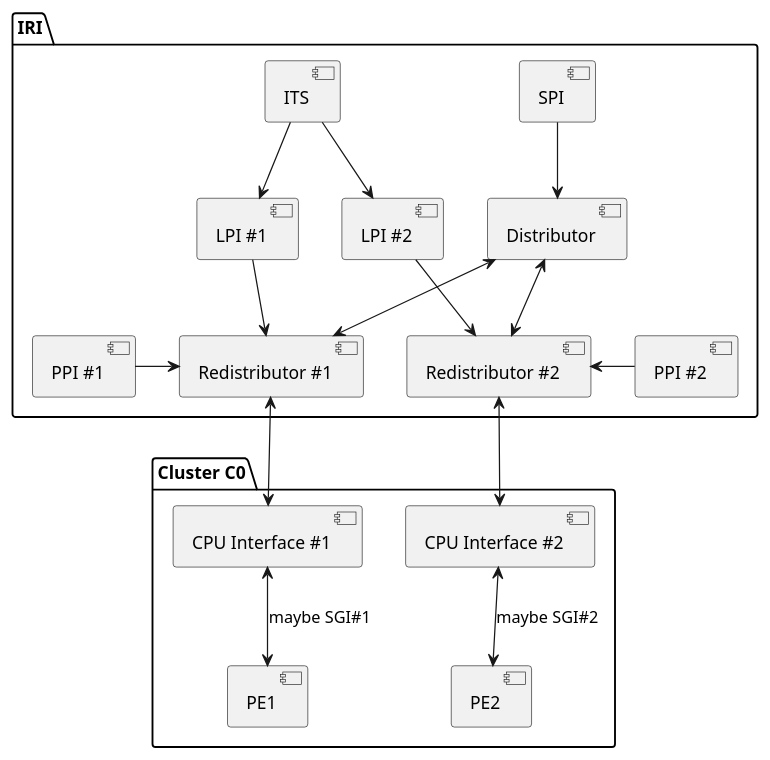
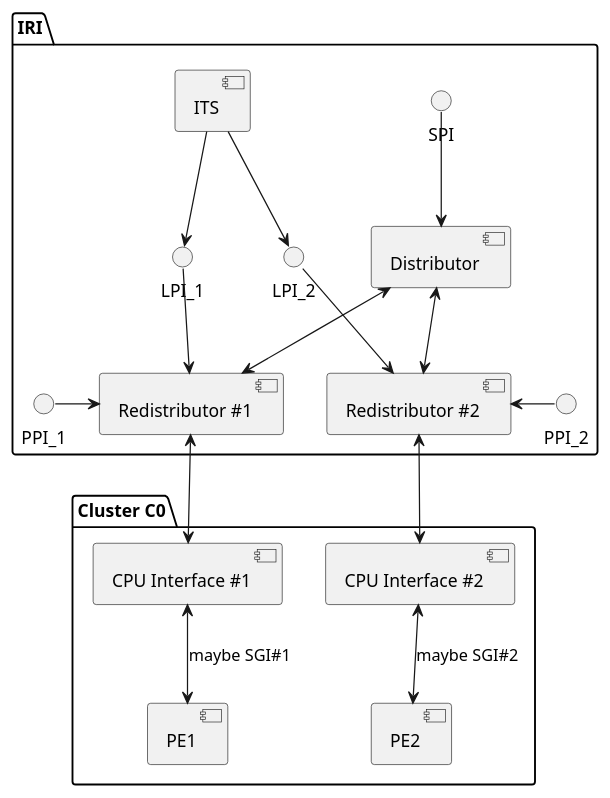
Before and after one commit to bitsman/bitsman.github.io: the first of 3 diagrams in doc/arm/gic/gic.org, drawn with PlantUML. The commit also changed other lines of this file and 3 other files, not shown here.

```diff
--- a/doc/arm/gic/gic.org
+++ b/doc/arm/gic/gic.org
@@ -48,21 +48,21 @@
 #+begin_src plantuml :exports results :file ./pic/drw-gicarch.png
   @startuml
   package "IRI" {
-    [SPI] -down-> [Distributor]
+    SPI -down-> [Distributor]
     [Distributor] <-down-> [Redistributor #1]
     [Distributor] <-down-> [Redistributor #2]
-    [ITS] -down-> [LPI #1]
-    [ITS] -down-> [LPI #2]
-    [LPI #1] -down-> [Redistributor #1]
-    [LPI #2] -down-> [Redistributor #2]
-    [PPI #1] -right-> [Redistributor #1]
-    [PPI #2] -left-> [Redistributor #2]
+    [ITS] -down-> LPI_1
+    [ITS] -down-> LPI_2
+    LPI_1 -down-> [Redistributor #1]
+    LPI_2 -down-> [Redistributor #2]
+    PPI_1 -right-> [Redistributor #1]
+    PPI_2 -left-> [Redistributor #2]
   }
   package "Cluster C0" {
     [Redistributor #1] <-down-> [CPU Interface #1]
     [Redistributor #2] <-down-> [CPU Interface #2]
     [CPU Interface #1] <-down-> [PE1]: maybe SGI#1
     [CPU Interface #2] <-down-> [PE2]: maybe SGI#2
   }
   @enduml
 #+end_src
```
